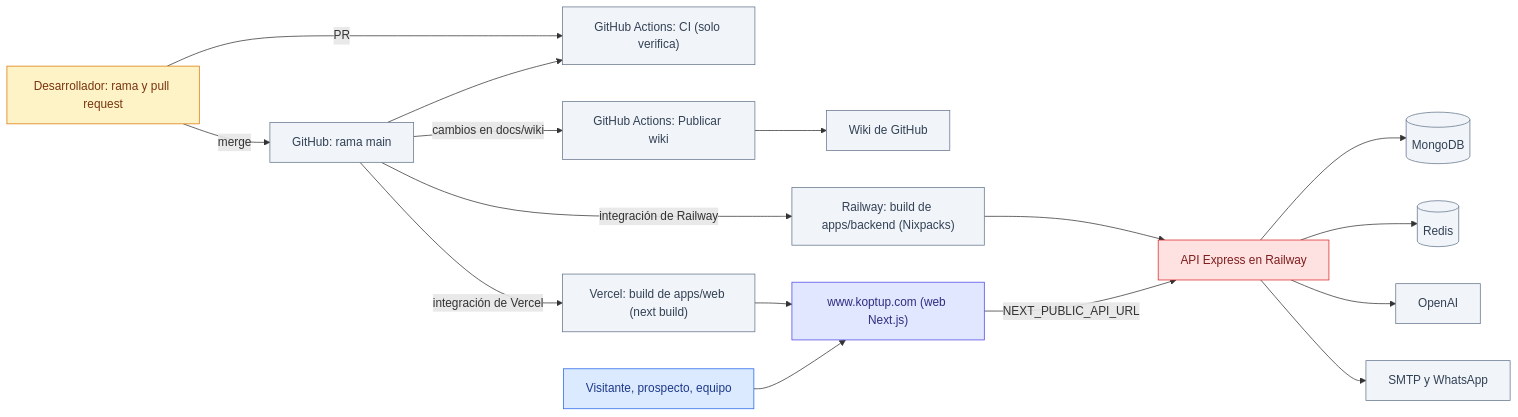
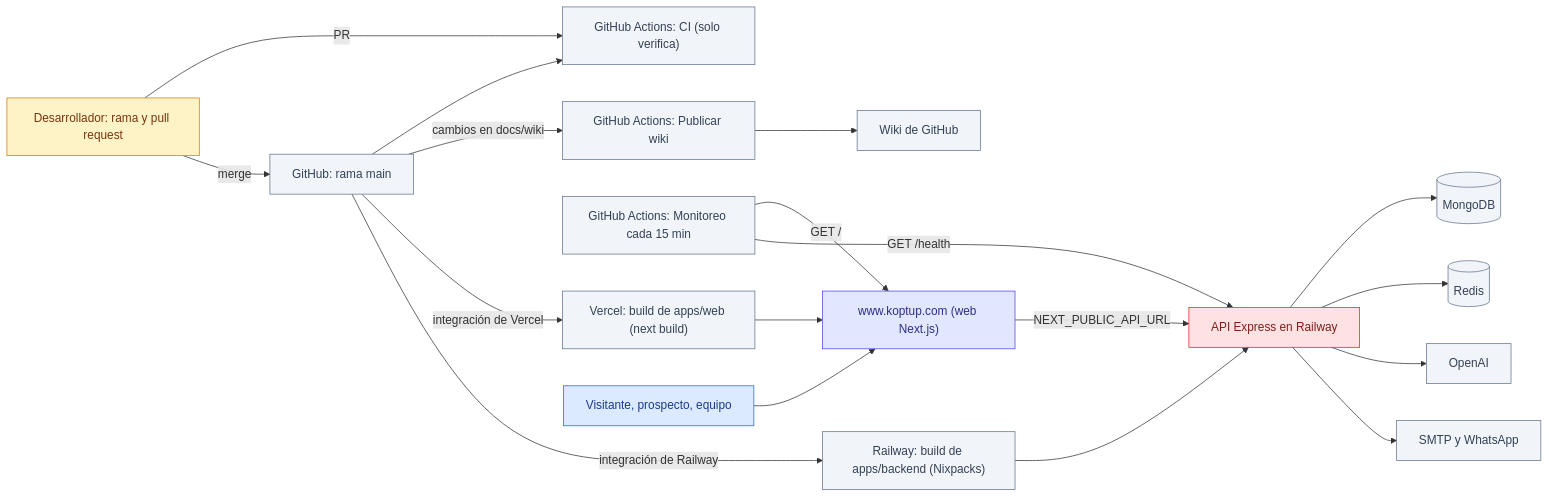
Before and after one commit to ronalc90/koptup: the first of 8 diagrams in docs/wiki/Doc-11-Operacion-y-Despliegue.md, drawn with Mermaid. The commit also changed other lines of this file and 245 other files, not shown here.

````diff
--- a/docs/wiki/Doc-11-Operacion-y-Despliegue.md
+++ b/docs/wiki/Doc-11-Operacion-y-Despliegue.md
@@ -26,36 +27,39 @@
 ```mermaid
 flowchart LR
     classDef visitante fill:#dbeafe,stroke:#2563eb,color:#1e3a8a
     classDef sistema fill:#e0e7ff,stroke:#4f46e5,color:#312e81
     classDef admin fill:#fef3c7,stroke:#d97706,color:#78350f
     classDef externo fill:#f1f5f9,stroke:#64748b,color:#334155
     classDef error fill:#fee2e2,stroke:#dc2626,color:#7f1d1d
 
     DEV["Desarrollador: rama y pull request"]:::admin
     MAIN["GitHub: rama main"]:::externo
     CI["GitHub Actions: CI (solo verifica)"]:::externo
     WIKI["GitHub Actions: Publicar wiki"]:::externo
+    MON["GitHub Actions: Monitoreo cada 15 min"]:::externo
     GW["Wiki de GitHub"]:::externo
     VB["Vercel: build de apps/web (next build)"]:::externo
     RB["Railway: build de apps/backend (Nixpacks)"]:::externo
     WEB["www.koptup.com (web Next.js)"]:::sistema
     API["API Express en Railway"]:::error
     DB[("MongoDB")]:::externo
     RD[("Redis")]:::externo
     OA["OpenAI"]:::externo
     MAIL["SMTP y WhatsApp"]:::externo
     VIS["Visitante, prospecto, equipo"]:::visitante
 
     DEV -->|"PR"| CI
     DEV -->|"merge"| MAIN
     MAIN --> CI
     MAIN -->|"cambios en docs/wiki"| WIKI --> GW
     MAIN -->|"integración de Vercel"| VB --> WEB
     MAIN -->|"integración de Railway"| RB --> API
     VIS --> WEB
+    MON -->|"GET /"| WEB
+    MON -->|"GET /health"| API
     WEB -->|"NEXT_PUBLIC_API_URL"| API
     API --> DB
     API --> RD
     API --> OA
     API --> MAIL
 ```
````
